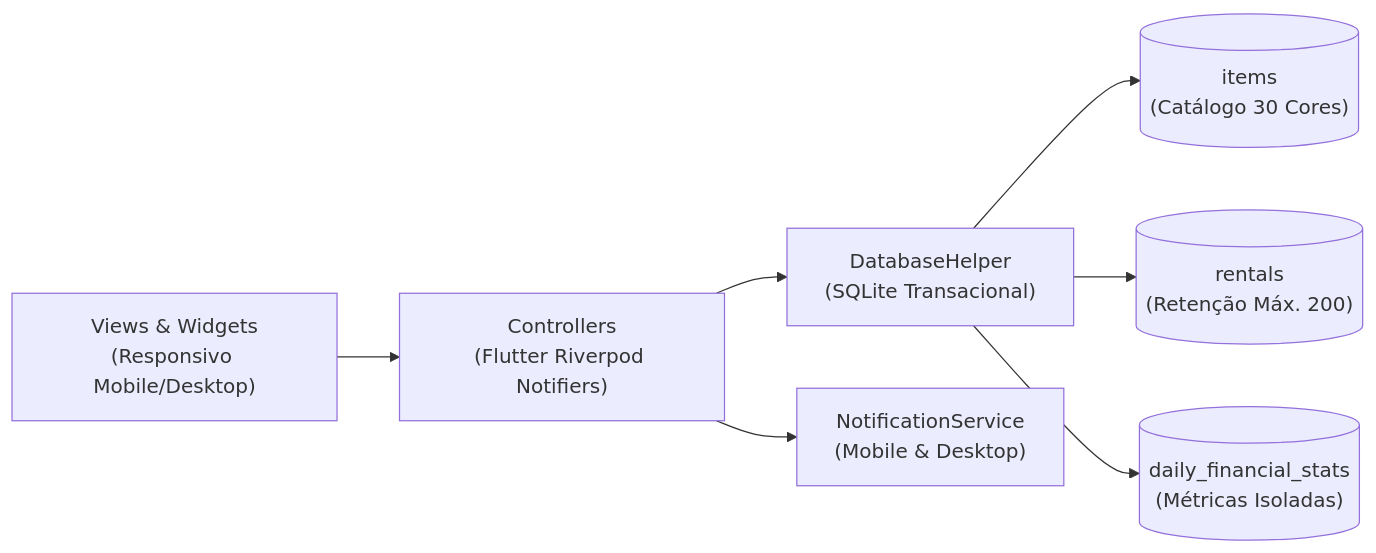
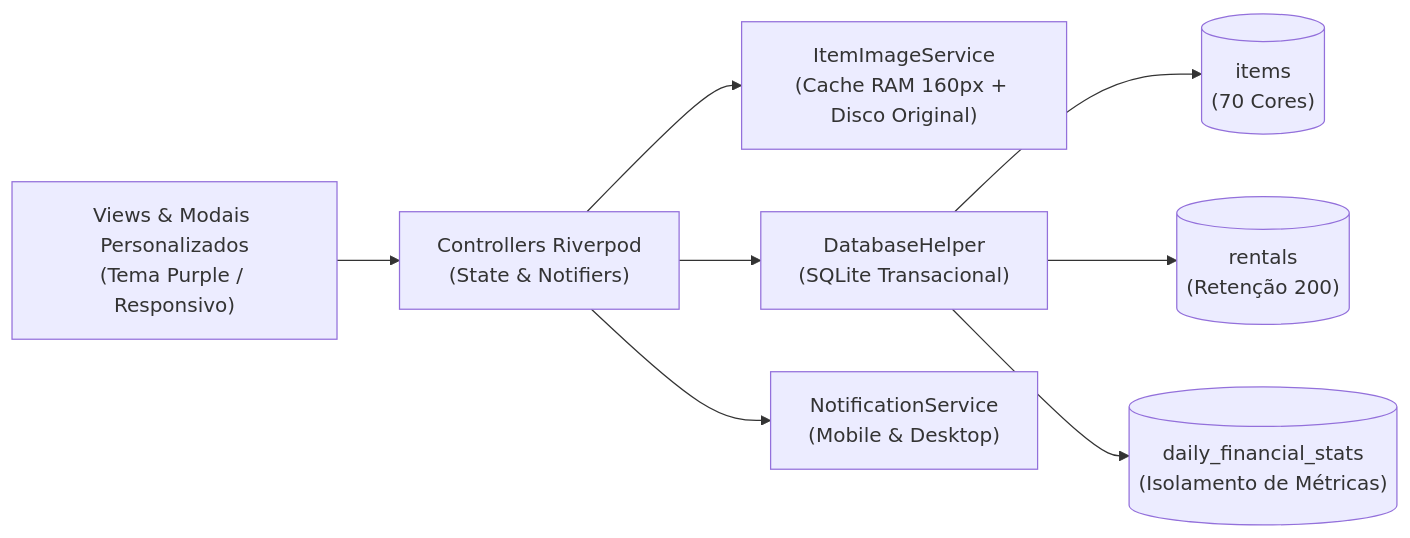
The diagram in README.md (4c0deX/alugplus), drawn with Mermaid before and after one commit. The commit also changed other lines of this file and 5 other files, not shown here.

````diff
--- a/README.md
+++ b/README.md
@@ -73,9 +98,10 @@
 ```mermaid
 flowchart LR
-    UI["Views & Widgets\n(Responsivo Mobile/Desktop)"] --> CTRL["Controllers\n(Flutter Riverpod Notifiers)"]
+    UI["Views & Modais Personalizados\n(Tema Purple / Responsivo)"] --> CTRL["Controllers Riverpod\n(State & Notifiers)"]
+    CTRL --> IMG["ItemImageService\n(Cache RAM 160px + Disco Original)"]
     CTRL --> DB["DatabaseHelper\n(SQLite Transacional)"]
     CTRL --> NOTIF["NotificationService\n(Mobile & Desktop)"]
-    DB --> T1[("items\n(Catálogo 30 Cores)")]
-    DB --> T2[("rentals\n(Retenção Máx. 200)")]
-    DB --> T3[("daily_financial_stats\n(Métricas Isoladas)")]
+    DB --> T1[("items\n(70 Cores)")]
+    DB --> T2[("rentals\n(Retenção 200)")]
+    DB --> T3[("daily_financial_stats\n(Isolamento de Métricas)")]
 ```
````
